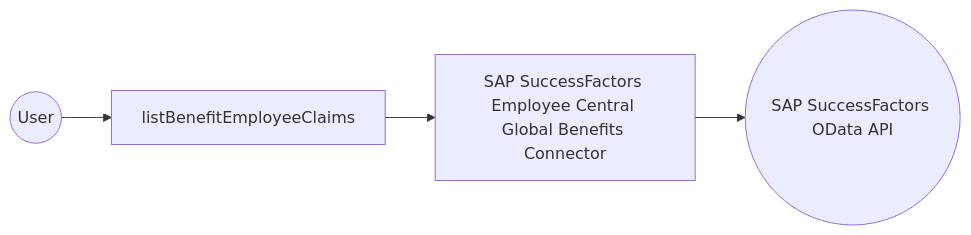
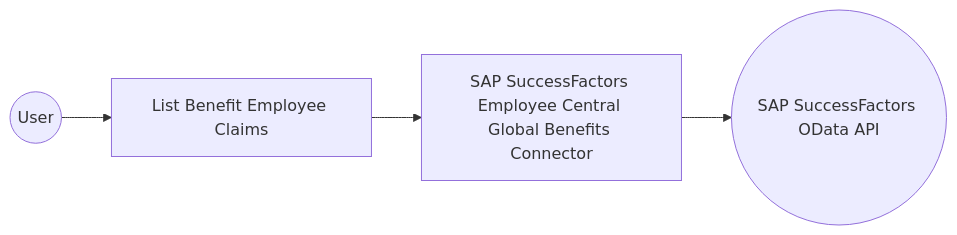
The diagram in en/docs/connectors/catalog/hrms/sap.successfactors.ecglobalbenefits/example.md (wso2/docs-integrator), drawn with Mermaid before and after one commit. The commit also changed other lines of this file and 6 other files, not shown here.

````diff
--- a/en/docs/connectors/catalog/hrms/sap.successfactors.ecglobalbenefits/example.md
+++ b/en/docs/connectors/catalog/hrms/sap.successfactors.ecglobalbenefits/example.md
@@ -12,6 +12,6 @@
 ```mermaid
 flowchart LR
-    A((User)) --> B[listBenefitEmployeeClaims]
+    A((User)) --> B[List Benefit Employee Claims]
     B --> C[SAP SuccessFactors Employee Central Global Benefits Connector]
     C --> D((SAP SuccessFactors OData API))
 ```
````
